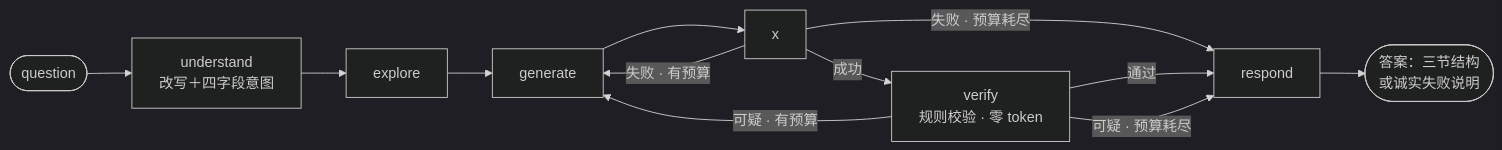
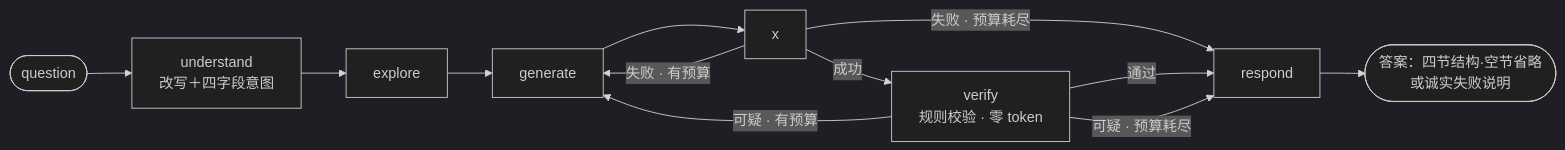
One commit to young-0818/qadata changed the diagram in README.md. Above: the diagram before and after it, drawn with Mermaid (dark theme). The commit also changed other lines of this file and 4 other files, not shown here.

Commit message:
docs: README   开源修缮＋LICENSE＋演示截图——去内部记号、修过时事实、MIT、实拍 2 张 Web 截图

````diff
--- a/README.md
+++ b/README.md
@@ -51,14 +56,14 @@
 ```mermaid
 flowchart LR
     q([question]) --> u[understand<br/>改写＋四字段意图]
     u --> e[explore]
     e --> g[generate]
     g --> x
     x -->|成功| v[verify<br/>规则校验 · 零 token]
     x -->|失败 · 有预算| g
     x -->|失败 · 预算耗尽| r[respond]
     v -->|通过| r
     v -->|可疑 · 有预算| g
     v -->|可疑 · 预算耗尽| r
-    r --> a([答案：三节结构<br/>或诚实失败说明])
+    r --> a([答案：四节结构·空节省略<br/>或诚实失败说明])
 ```
````
